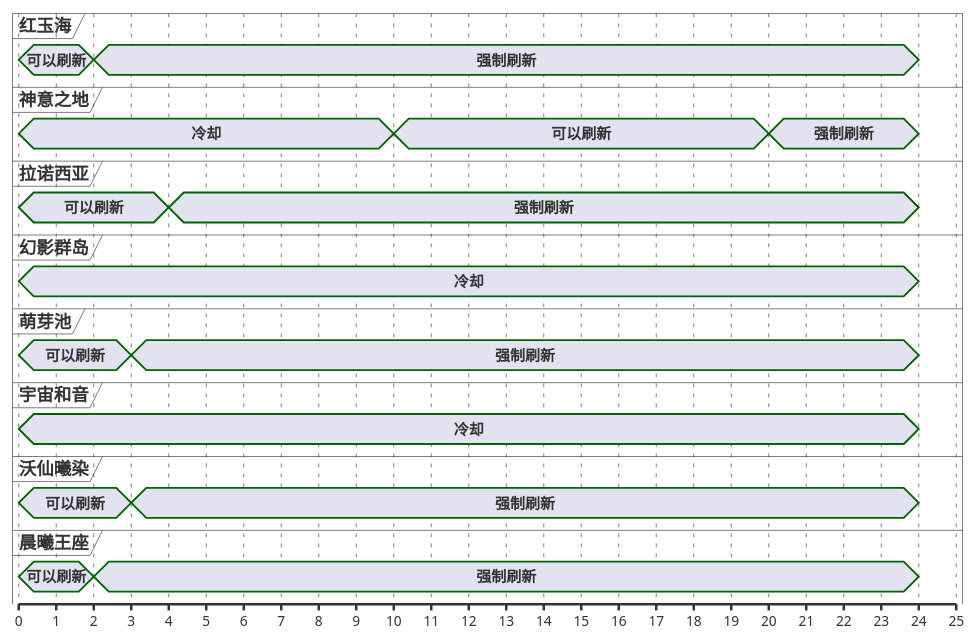
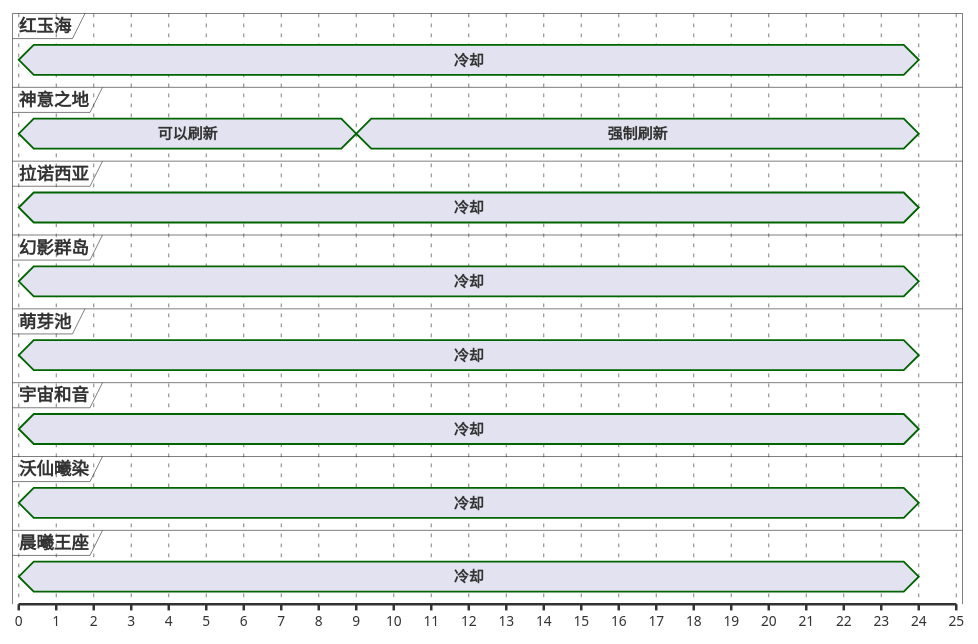
One commit to Eroleice/doc-pi changed the first of 13 diagrams in ffxiv/hunt/2.0/Nunyunuwi.md. Above: the diagram before and after it, drawn with PlantUML. The commit also changed other lines of this file and 38 other files, not shown here.

````diff
--- a/ffxiv/hunt/2.0/Nunyunuwi.md
+++ b/ffxiv/hunt/2.0/Nunyunuwi.md
@@ -33,54 +33,48 @@
 ```plantuml
 @startuml
 scale 1 as 30 pixels
 
 concise 红玉海
 concise 神意之地
 concise 拉诺西亚
 concise 幻影群岛
 concise 萌芽池
 concise 宇宙和音
 concise 沃仙曦染
 concise 晨曦王座
 
-@红玉海
+@神意之地
 0 is 可以刷新
-2 is 强制刷新
-24 is {hidden}
-
-@晨曦王座
-0 is 可以刷新
-2 is 强制刷新
-24 is {hidden}
-
-@沃仙曦染
-0 is 可以刷新
-3 is 强制刷新
-24 is {hidden}
-
-@萌芽池
-0 is 可以刷新
-3 is 强制刷新
-24 is {hidden}
-
-@拉诺西亚
-0 is 可以刷新
-4 is 强制刷新
-24 is {hidden}
-
-@神意之地
-0 is 冷却
-10 is 可以刷新
-20 is 强制刷新
+9 is 强制刷新
 24 is {hidden}
 
 @宇宙和音
 0 is 冷却
 24 is {hidden}
 
 @幻影群岛
 0 is 冷却
 24 is {hidden}
 
+@红玉海
+0 is 冷却
+24 is {hidden}
+
+@沃仙曦染
+0 is 冷却
+24 is {hidden}
+
+@拉诺西亚
+0 is 冷却
+24 is {hidden}
+
+@萌芽池
+0 is 冷却
+24 is {hidden}
+
+@晨曦王座
+0 is 冷却
+24 is {hidden}
+
 @enduml
 ```
````
